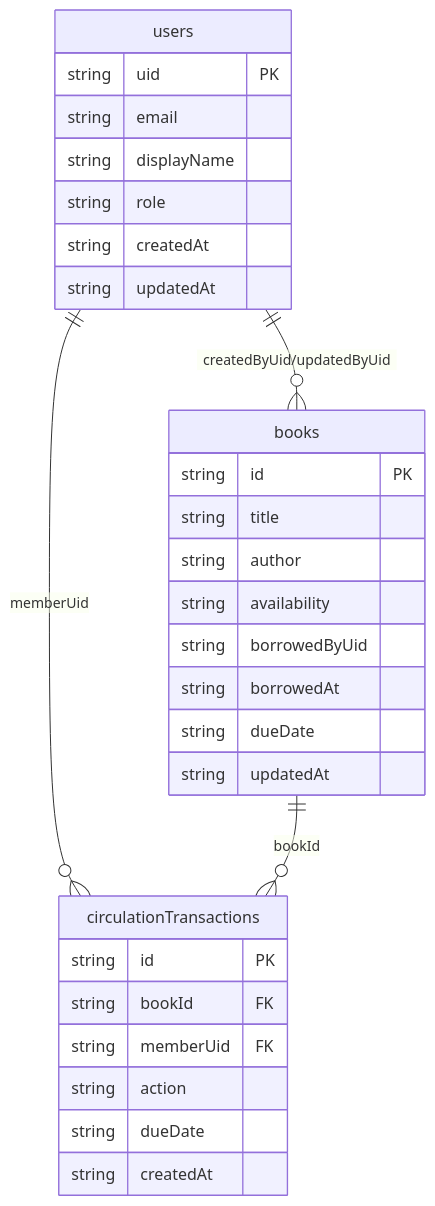
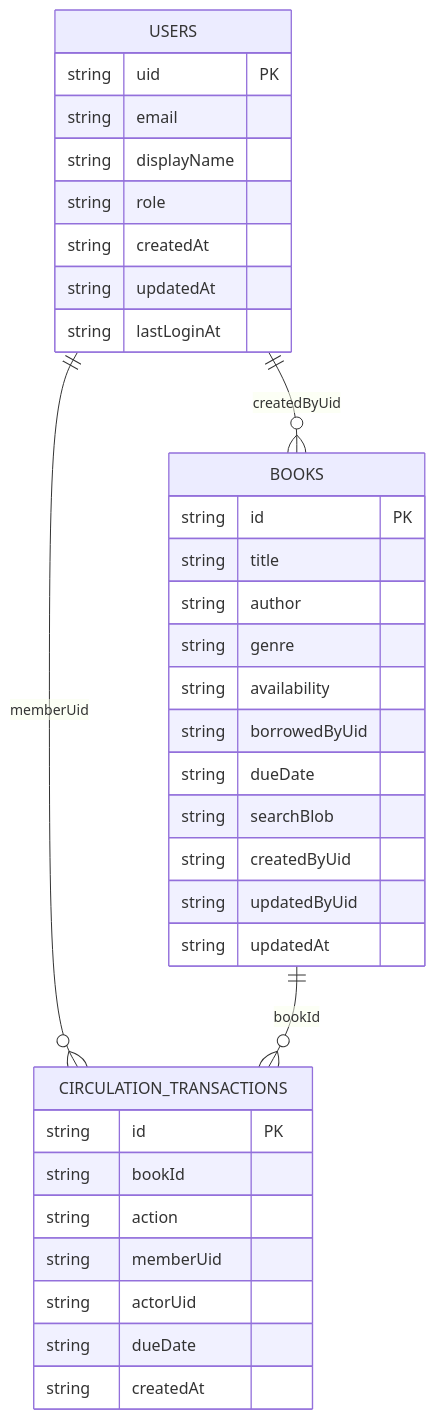
Before and after one commit to Mohammad-AlBaker-Zaytoun/Version-1--Mini-Library-Management-System-Challenge: the fourth of 4 diagrams in README.md, drawn with Mermaid. The commit also changed other lines of this file and 63 other files, not shown here.

````diff
--- a/README.md
+++ b/README.md
@@ -101,35 +104,40 @@
 ```mermaid
 erDiagram
-  users ||--o{ circulationTransactions : "memberUid"
-  users ||--o{ books : "createdByUid/updatedByUid"
-  books ||--o{ circulationTransactions : "bookId"
+  USERS ||--o{ CIRCULATION_TRANSACTIONS : "memberUid"
+  USERS ||--o{ BOOKS : "createdByUid"
+  BOOKS ||--o{ CIRCULATION_TRANSACTIONS : "bookId"
 
-  users {
+  USERS {
     string uid PK
     string email
     string displayName
     string role
     string createdAt
     string updatedAt
+    string lastLoginAt
   }
 
-  books {
+  BOOKS {
     string id PK
     string title
     string author
+    string genre
     string availability
     string borrowedByUid
-    string borrowedAt
     string dueDate
+    string searchBlob
+    string createdByUid
+    string updatedByUid
     string updatedAt
   }
 
-  circulationTransactions {
+  CIRCULATION_TRANSACTIONS {
     string id PK
-    string bookId FK
-    string memberUid FK
+    string bookId
     string action
+    string memberUid
+    string actorUid
     string dueDate
     string createdAt
   }
 ```
````
